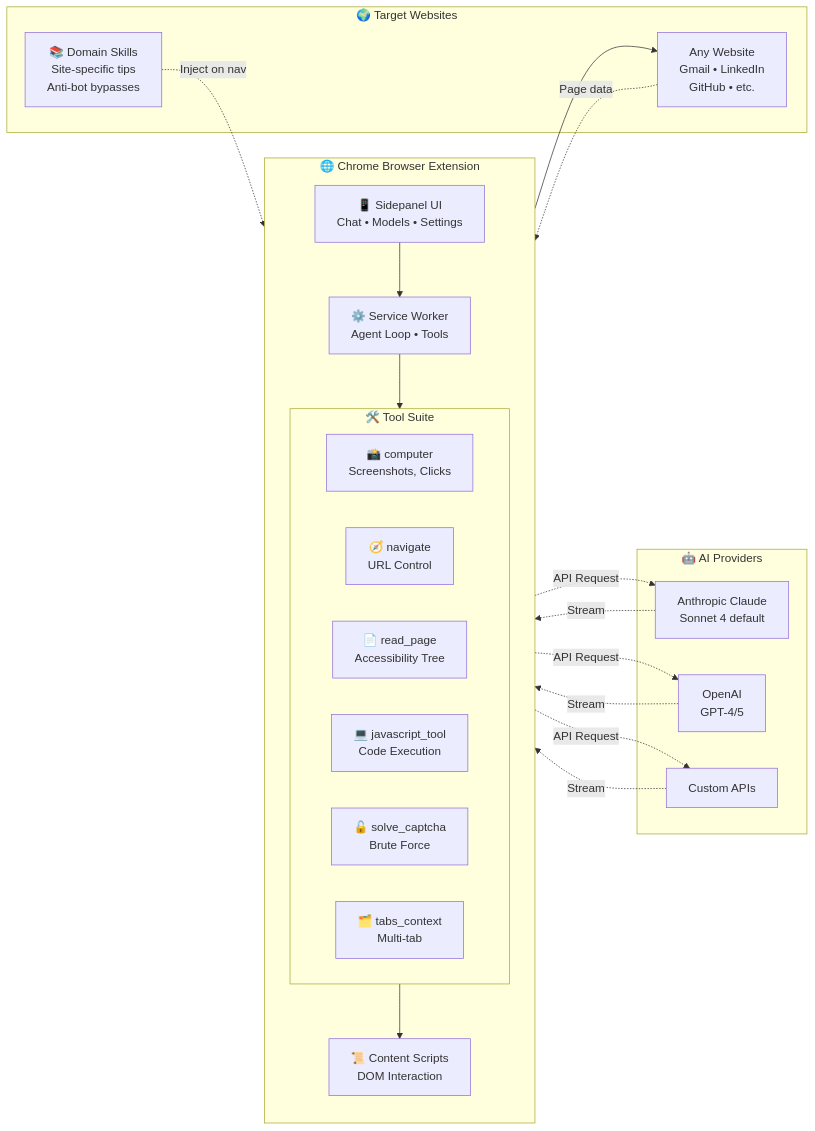
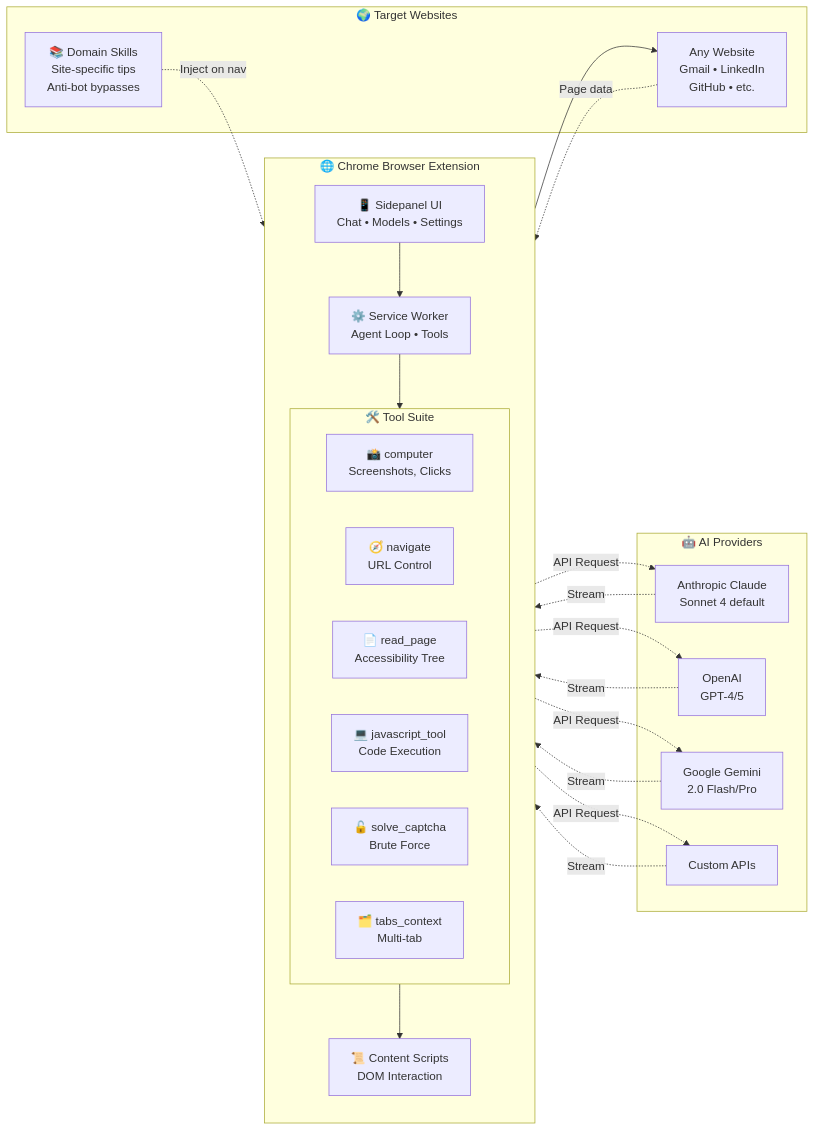
One commit to hanzili/llm-in-chrome changed the diagram in ARCHITECTURE.md. Above: the diagram before and after it, drawn with Mermaid. The commit also changed other lines of this file, not shown here.

First line of the commit message:
Add Gemini to architecture diagram

````diff
--- a/ARCHITECTURE.md
+++ b/ARCHITECTURE.md
@@ -5,46 +5,49 @@
 ```mermaid
 graph LR
     subgraph Browser["🌐 Chrome Browser Extension"]
         direction TB
         UI["📱 Sidepanel UI<br/>Chat • Models • Settings"]
         SW["⚙️ Service Worker<br/>Agent Loop • Tools"]
 
         subgraph Tools["🛠️ Tool Suite"]
             T1["📸 computer<br/>Screenshots, Clicks"]
             T2["🧭 navigate<br/>URL Control"]
             T3["📄 read_page<br/>Accessibility Tree"]
             T4["💻 javascript_tool<br/>Code Execution"]
             T5["🔓 solve_captcha<br/>Brute Force"]
             T6["🗂️ tabs_context<br/>Multi-tab"]
         end
 
         CS["📜 Content Scripts<br/>DOM Interaction"]
     end
 
     subgraph AI["🤖 AI Providers"]
         Claude["Anthropic Claude<br/>Sonnet 4 default"]
         OpenAI["OpenAI<br/>GPT-4/5"]
+        Gemini["Google Gemini<br/>2.0 Flash/Pro"]
         Custom["Custom APIs"]
     end
 
     subgraph Web["🌍 Target Websites"]
         Sites["Any Website<br/>Gmail • LinkedIn<br/>GitHub • etc."]
         Skills["📚 Domain Skills<br/>Site-specific tips<br/>Anti-bot bypasses"]
     end
 
     UI --> SW
     SW --> Tools
     Tools --> CS
     CS --> Sites
 
     SW -.->|API Request| Claude
     SW -.->|API Request| OpenAI
+    SW -.->|API Request| Gemini
     SW -.->|API Request| Custom
 
     Claude -.->|Stream| SW
     OpenAI -.->|Stream| SW
+    Gemini -.->|Stream| SW
     Custom -.->|Stream| SW
 
     Skills -.->|Inject on nav| SW
     Sites -.->|Page data| CS
 ```
````
